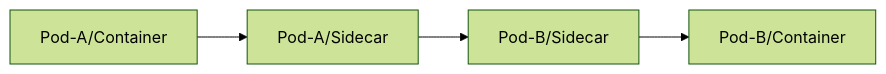
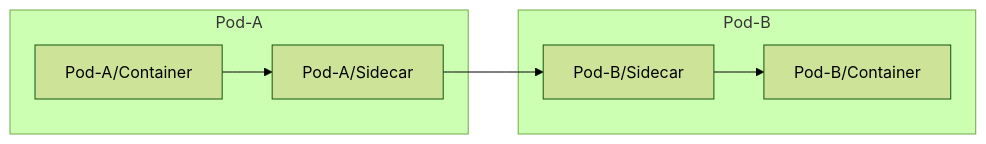
The fourth of 4 diagrams in kubernetes/service_mesh - istio/流量管理.md (ryan4yin/knowledge), drawn with Mermaid (forest theme) before and after one commit. The commit also changed other lines of this file, not shown here.

````diff
--- a/kubernetes/service_mesh - istio/流量管理.md
+++ b/kubernetes/service_mesh - istio/流量管理.md
@@ -37,4 +42,13 @@
 ```mermaid
 graph LR
-Pod-A/Container --> Pod-A/Sidecar --> Pod-B/Sidecar --> Pod-B/Container
+  Pod-A/Container --> Pod-A/Sidecar --> Pod-B/Sidecar --> Pod-B/Container
+
+  subgraph Pod-A
+  Pod-A/Container
+  Pod-A/Sidecar
+  end
+  subgraph Pod-B
+  Pod-B/Container
+  Pod-B/Sidecar
+  end
 ```
````
